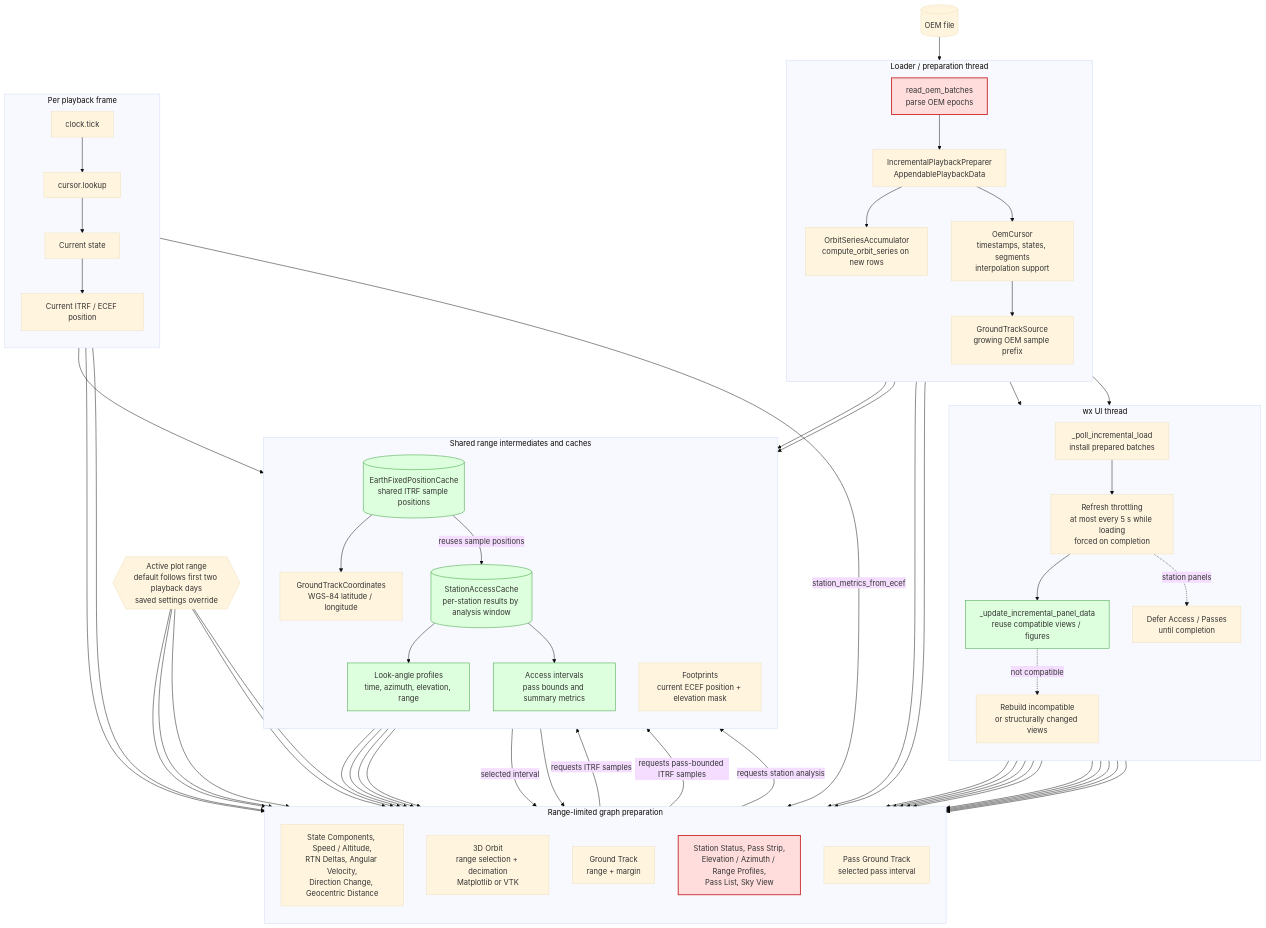
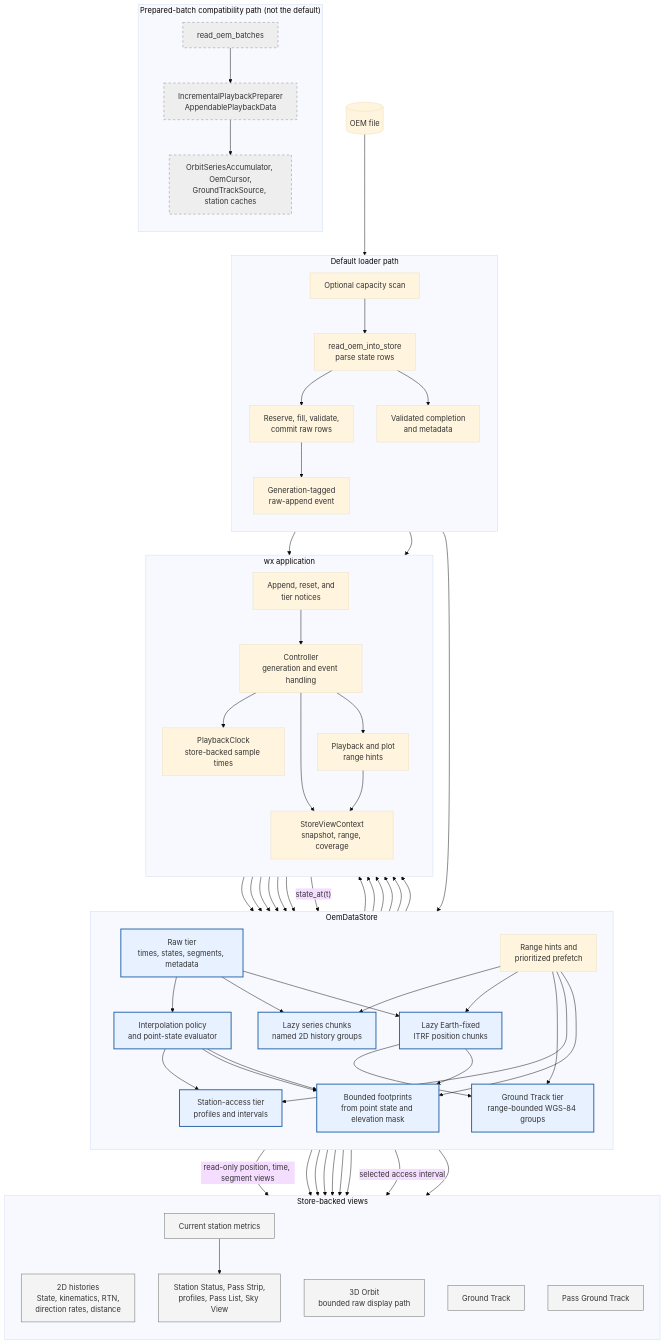
One commit to jeongyunl/ephem-toolkit changed the diagram in docs/architecture/play-oem/PLAY_OEM_DATAFLOW.mmd. Above: the diagram before and after it, drawn with Mermaid (base theme). The commit also changed 19 other files, not shown here.

Commit message:
OemDataStore: Consolidate ownership, remove superseded paths, and accept the migration. 3/8

```diff
--- a/docs/architecture/play-oem/PLAY_OEM_DATAFLOW.mmd
+++ b/docs/architecture/play-oem/PLAY_OEM_DATAFLOW.mmd
@@ -1,102 +1,107 @@
 flowchart TD
     FILE[("OEM file")]
 
-    subgraph WORKER["Loader / preparation thread"]
+    subgraph WORKER["Default loader path"]
         direction TB
-        PARSE["read_oem_batches<br/>parse OEM epochs"]
-        PREP["IncrementalPlaybackPreparer<br/>AppendablePlaybackData"]
-        SERIES["OrbitSeriesAccumulator<br/>compute_orbit_series on new rows"]
-        CURSOR["OemCursor<br/>timestamps, states, segments<br/>interpolation support"]
-        SOURCE["GroundTrackSource<br/>growing OEM sample prefix"]
-        PARSE --> PREP
-        PREP --> SERIES
-        PREP --> CURSOR
-        CURSOR --> SOURCE
+        CAPACITY["Optional capacity scan"]
+        PARSE["read_oem_into_store<br/>parse state rows"]
+        COMMIT["Reserve, fill, validate,<br/>commit raw rows"]
+        RAW_EVENT["Generation-tagged<br/>raw-append event"]
+        COMPLETE["Validated completion<br/>and metadata"]
+        CAPACITY --> PARSE
+        PARSE --> COMMIT
+        COMMIT --> RAW_EVENT
+        PARSE --> COMPLETE
     end
 
-    subgraph UI["wx UI thread"]
+    subgraph STORE["OemDataStore"]
         direction TB
-        POLL["_poll_incremental_load<br/>install prepared batches"]
-        THROTTLE["Refresh throttling<br/>at most every 5 s while loading<br/>forced on completion"]
-        INPLACE["_update_incremental_panel_data<br/>reuse compatible views / figures"]
-        FALLBACK["Rebuild incompatible<br/>or structurally changed views"]
-        DEFER["Defer Access / Passes<br/>until completion"]
-        POLL --> THROTTLE
-        THROTTLE --> INPLACE
-        INPLACE -.->|"not compatible"| FALLBACK
-        THROTTLE -.->|"station panels"| DEFER
+        RAW["Raw tier<br/>times, states, segments, metadata"]
+        POLICY["Interpolation policy<br/>and point-state evaluator"]
+        SERIES["Lazy series chunks<br/>named 2D history groups"]
+        EARTH_FIXED["Lazy Earth-fixed<br/>ITRF position chunks"]
+        GROUND_TRACK["Ground Track tier<br/>range-bounded WGS-84 groups"]
+        ACCESS["Station-access tier<br/>profiles and intervals"]
+        FOOTPRINT["Bounded footprints<br/>from point state and elevation mask"]
+        SCHEDULER["Range hints and<br/>prioritized prefetch"]
+        RAW --> POLICY
+        RAW --> SERIES
+        RAW --> EARTH_FIXED
+        EARTH_FIXED --> GROUND_TRACK
+        POLICY --> ACCESS
+        POLICY --> FOOTPRINT
+        EARTH_FIXED --> FOOTPRINT
+        SCHEDULER --> SERIES
+        SCHEDULER --> EARTH_FIXED
+        SCHEDULER --> GROUND_TRACK
+        SCHEDULER --> ACCESS
+        SCHEDULER --> FOOTPRINT
     end
 
-    subgraph VIEWS["Range-limited graph preparation"]
+    subgraph APP["wx application"]
         direction TB
-        SERIESV["State Components, Speed / Altitude,<br/>RTN Deltas, Angular Velocity,<br/>Direction Change, Geocentric Distance"]
-        TRAJ["3D Orbit<br/>range selection + decimation<br/>Matplotlib or VTK"]
-        TRACK["Ground Track<br/>range + margin"]
-        ACCESS["Station Status, Pass Strip,<br/>Elevation / Azimuth / Range Profiles,<br/>Pass List, Sky View"]
-        PASS_TRACK["Pass Ground Track<br/>selected pass interval"]
+        CONTROLLER["Controller<br/>generation and event handling"]
+        CONTEXT["StoreViewContext<br/>snapshot, range, coverage"]
+        CLOCK["PlaybackClock<br/>store-backed sample times"]
+        RANGE["Playback and plot<br/>range hints"]
+        TIER_NOTICE["Append, reset, and<br/>tier notices"]
+        CONTROLLER --> CONTEXT
+        CONTROLLER --> CLOCK
+        CONTROLLER --> RANGE
+        RAW --> TIER_NOTICE
+        SERIES --> TIER_NOTICE
+        EARTH_FIXED --> TIER_NOTICE
+        GROUND_TRACK --> TIER_NOTICE
+        ACCESS --> TIER_NOTICE
+        FOOTPRINT --> TIER_NOTICE
+        TIER_NOTICE --> CONTROLLER
     end
 
-    subgraph SHARED["Shared range intermediates and caches"]
+    subgraph VIEWS["Store-backed views"]
         direction TB
-        POSCACHE[("EarthFixedPositionCache<br/>shared ITRF sample positions")]
-        GEODETIC["GroundTrackCoordinates<br/>WGS-84 latitude / longitude"]
-        ACCESSCACHE[("StationAccessCache<br/>per-station results by analysis window")]
-        PROFILES["Look-angle profiles<br/>time, azimuth, elevation, range"]
-        INTERVALS["Access intervals<br/>pass bounds and summary metrics"]
-        FOOTPRINTS["Footprints<br/>current ECEF position + elevation mask"]
+        HISTORIES["2D histories<br/>State, kinematics, RTN,<br/>direction rates, distance"]
+        TRAJECTORY["3D Orbit<br/>bounded raw display path"]
+        TRACK_VIEW["Ground Track"]
+        STATION_VIEWS["Station Status, Pass Strip,<br/>profiles, Pass List, Sky View"]
+        PASS_TRACK["Pass Ground Track"]
+        CURRENT_METRICS["Current station metrics"]
     end
 
-    subgraph FRAME["Per playback frame"]
+    FILE --> CAPACITY
+    COMMIT --> RAW
+    RAW_EVENT --> CONTROLLER
+    COMPLETE --> CONTROLLER
+    RANGE --> CONTEXT
+    RANGE --> SCHEDULER
+    CONTEXT --> SERIES
+    CONTEXT --> GROUND_TRACK
+    CONTEXT --> ACCESS
+    CONTEXT --> FOOTPRINT
+    CONTEXT --> RAW
+    RAW -->|"read-only position, time, segment views"| TRAJECTORY
+    CLOCK -->|"state_at(t)"| POLICY
+    POLICY --> TRAJECTORY
+    POLICY --> CURRENT_METRICS
+    POLICY --> FOOTPRINT
+    SERIES --> HISTORIES
+    GROUND_TRACK --> TRACK_VIEW
+    GROUND_TRACK --> PASS_TRACK
+    ACCESS --> STATION_VIEWS
+    ACCESS -->|"selected access interval"| PASS_TRACK
+    FOOTPRINT --> TRACK_VIEW
+    CURRENT_METRICS --> STATION_VIEWS
+
+    subgraph LEGACY["Prepared-batch compatibility path (not the default)"]
         direction TB
-        TICK["clock.tick"]
-        LOOK["cursor.lookup"]
-        CURRENT["Current state"]
-        CURRENT_ECEF["Current ITRF / ECEF position"]
-        TICK --> LOOK --> CURRENT --> CURRENT_ECEF
+        BATCH["read_oem_batches"]
+        PREPARE["IncrementalPlaybackPreparer<br/>AppendablePlaybackData"]
+        OWNERS["OrbitSeriesAccumulator, OemCursor,<br/>GroundTrackSource, station caches"]
+        BATCH --> PREPARE --> OWNERS
     end
 
-    RANGE{{"Active plot range<br/>default follows first two playback days<br/>saved settings override"}}
-    FILE --> PARSE
-    SERIES --> POLL
-    SOURCE --> POLL
-    INPLACE --> SERIESV
-    INPLACE --> TRAJ
-    INPLACE --> TRACK
-    DEFER --> ACCESS
-    INPLACE --> PASS_TRACK
-    FALLBACK --> SERIESV
-    FALLBACK --> TRAJ
-    FALLBACK --> TRACK
-    FALLBACK --> ACCESS
-    FALLBACK --> PASS_TRACK
-    RANGE --> SERIESV
-    RANGE --> TRAJ
-    RANGE --> TRACK
-    RANGE --> ACCESS
-    RANGE --> PASS_TRACK
-    SOURCE --> POSCACHE
-    TRACK -->|"requests ITRF samples"| POSCACHE
-    PASS_TRACK -->|"requests pass-bounded ITRF samples"| POSCACHE
-    POSCACHE --> GEODETIC
-    GEODETIC --> TRACK
-    GEODETIC --> PASS_TRACK
-    ACCESS -->|"requests station analysis"| ACCESSCACHE
-    CURSOR --> ACCESSCACHE
-    POSCACHE -->|"reuses sample positions"| ACCESSCACHE
-    ACCESSCACHE --> PROFILES
-    ACCESSCACHE --> INTERVALS
-    PROFILES --> ACCESS
-    INTERVALS --> ACCESS
-    INTERVALS -->|"selected interval"| PASS_TRACK
-    CURRENT_ECEF --> TRACK
-    CURRENT_ECEF --> FOOTPRINTS
-    FOOTPRINTS --> TRACK
-    LOOK --> TRAJ
-    CURRENT_ECEF -->|"station_metrics_from_ecef"| ACCESS
-    SERIES --> SERIESV
-    SERIES --> TRAJ
-
-    classDef hot fill:#fdd,stroke:#c33,stroke-width:2px
-    classDef retained fill:#dfd,stroke:#393
-    class PARSE,ACCESS hot
-    class INPLACE,POSCACHE,ACCESSCACHE,PROFILES,INTERVALS retained
+    classDef store fill:#e8f1ff,stroke:#2463a6,stroke-width:2px
+    classDef view fill:#f4f4f4,stroke:#666
+    classDef legacy fill:#eee,stroke:#888,stroke-dasharray:5 5
+    class RAW,POLICY,SERIES,EARTH_FIXED,GROUND_TRACK,ACCESS,FOOTPRINT store
+    class HISTORIES,TRAJECTORY,TRACK_VIEW,STATION_VIEWS,PASS_TRACK,CURRENT_METRICS view
+    class BATCH,PREPARE,OWNERS legacy
```
